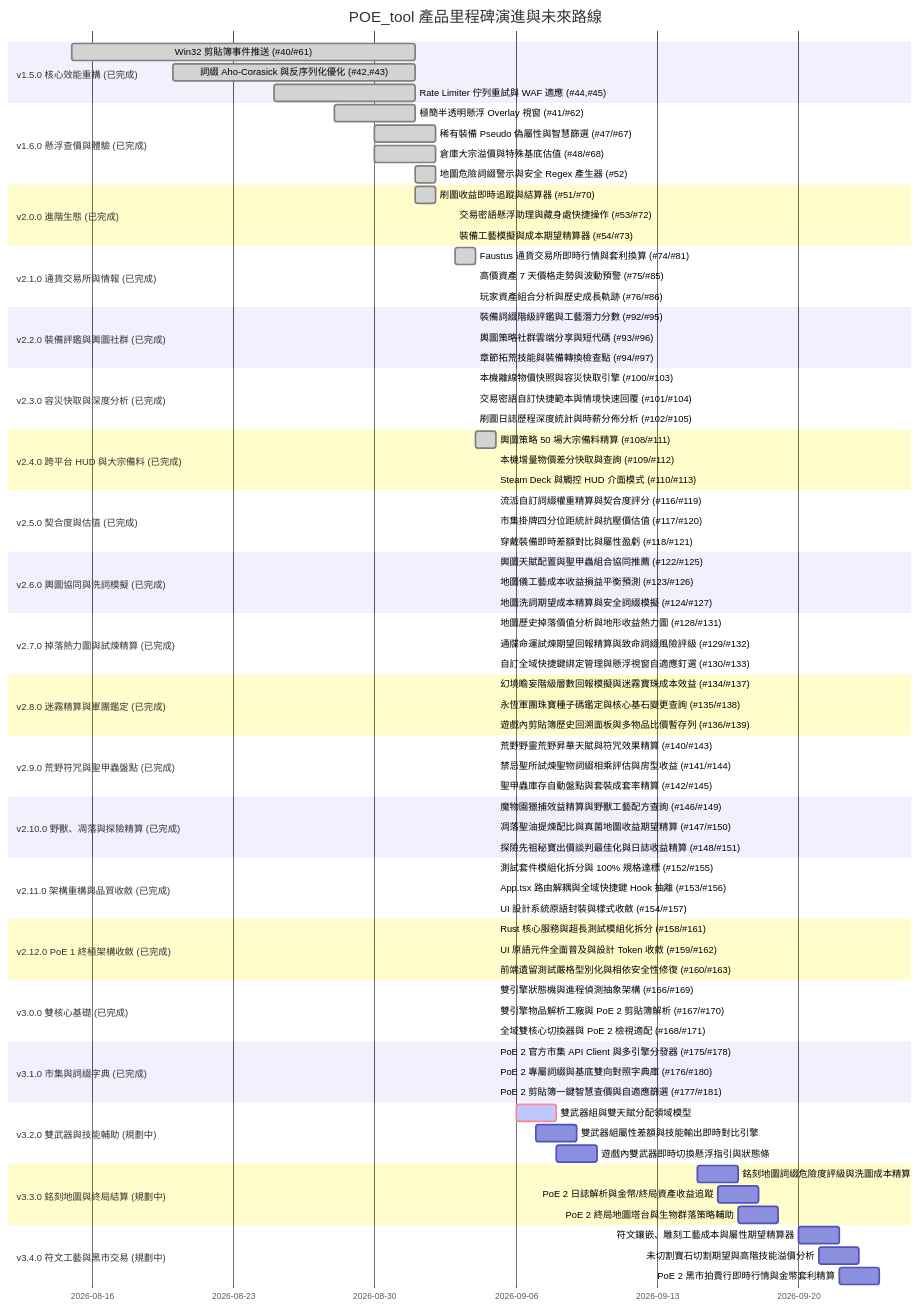
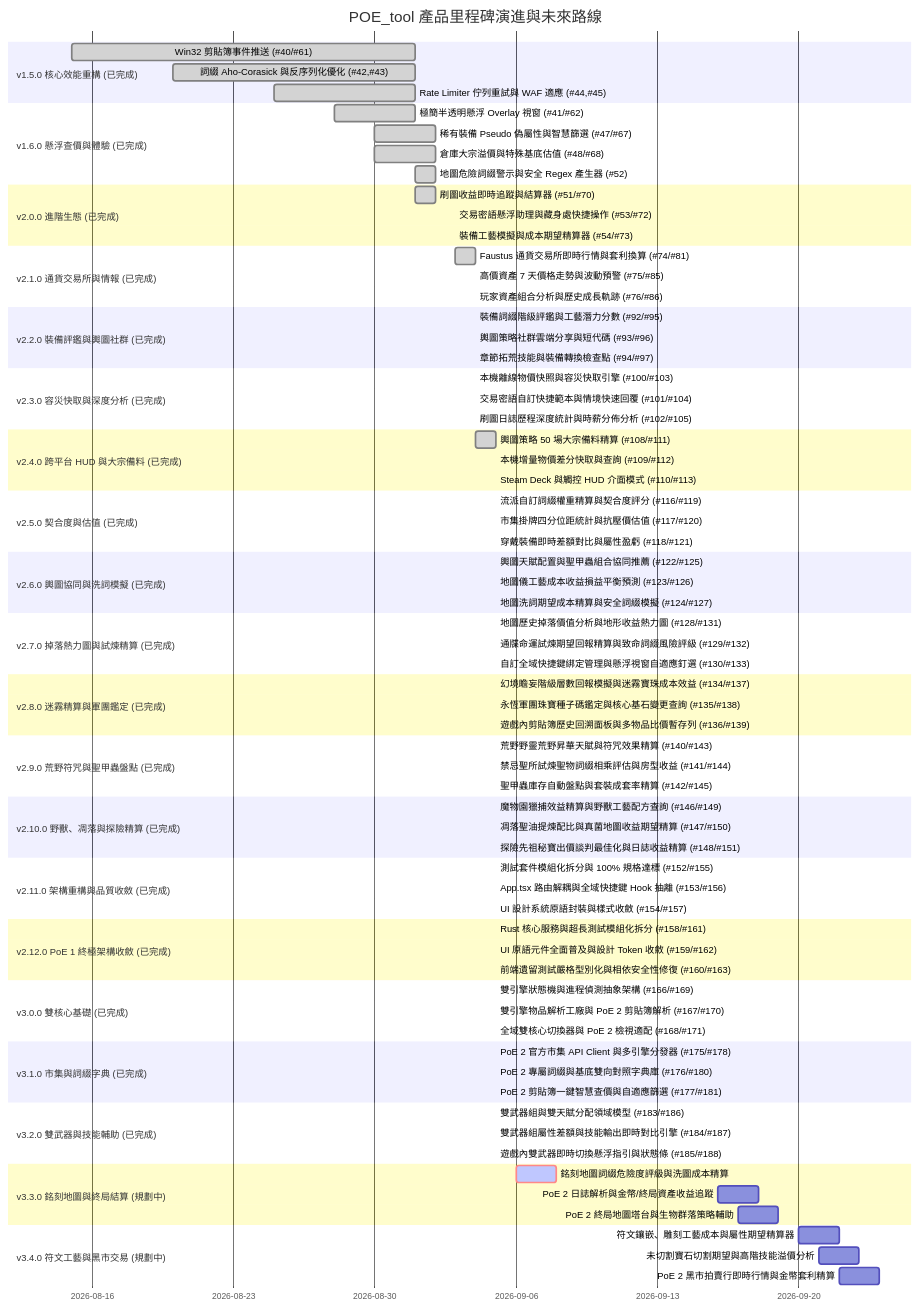
Before and after one commit to saijo0404/POE-tool: the diagram in ROADMAP.md, drawn with Mermaid. The commit also changed other lines of this file and 7 other files, not shown here.

Commit message:
chore(release): bump version to v3.2.0 and update changelog & roadmap

```diff
--- a/ROADMAP.md
+++ b/ROADMAP.md
@@ -145,12 +144,12 @@
     PoE 2 官方市集 API Client 與多引擎分發器 (#175/#178) :done,    m17_1, 2026-09-05, 2026-09-05
     PoE 2 專屬詞綴與基底雙向對照字典庫 (#176/#180)       :done,    m17_2, 2026-09-05, 2026-09-05
     PoE 2 剪貼簿一鍵智慧查價與自適應篩選 (#177/#181)     :done,    m17_3, 2026-09-05, 2026-09-05
-    section v3.2.0 雙武器與技能輔助 (規劃中)
-    雙武器組與雙天賦分配領域模型                   :crit, active, m18_1, 2026-09-06, 2026-09-08
-    雙武器組屬性差額與技能輸出即時對比引擎           :m18_2, 2026-09-07, 2026-09-09
-    遊戲內雙武器即時切換懸浮指引與狀態條           :m18_3, 2026-09-08, 2026-09-10
+    section v3.2.0 雙武器與技能輔助 (已完成)
+    雙武器組與雙天賦分配領域模型 (#183/#186)       :done,    m18_1, 2026-09-05, 2026-09-05
+    雙武器組屬性差額與技能輸出即時對比引擎 (#184/#187) :done,    m18_2, 2026-09-05, 2026-09-05
+    遊戲內雙武器即時切換懸浮指引與狀態條 (#185/#188)   :done,    m18_3, 2026-09-05, 2026-09-05
     section v3.3.0 銘刻地圖與終局結算 (規劃中)
-    銘刻地圖詞綴危險度評級與洗圖成本精算           :m19_1, 2026-09-15, 2026-09-17
+    銘刻地圖詞綴危險度評級與洗圖成本精算           :crit, active, m19_1, 2026-09-06, 2026-09-08
     PoE 2 日誌解析與金幣/終局資產收益追蹤          :m19_2, 2026-09-16, 2026-09-18
     PoE 2 終局地圖塔台與生物群落策略輔助           :m19_3, 2026-09-17, 2026-09-19
     section v3.4.0 符文工藝與黑市交易 (規劃中)
```
